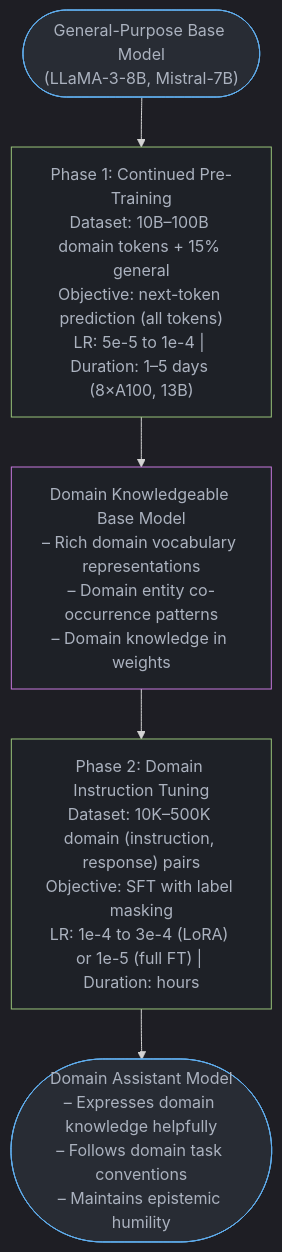
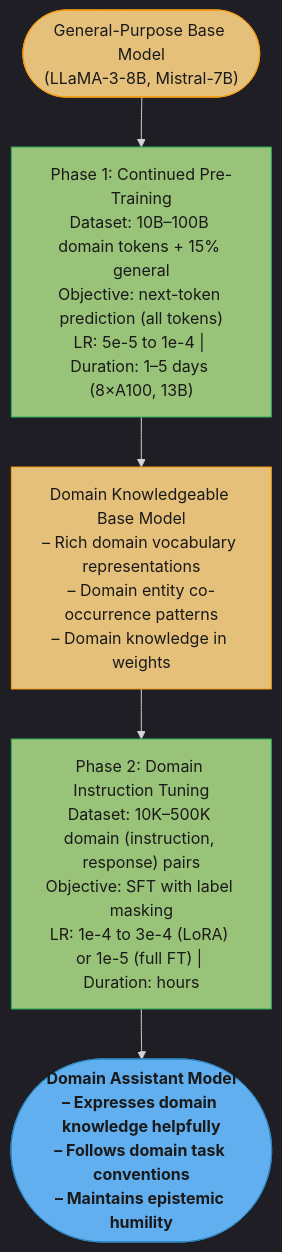
Before and after one commit to rppol/system-design: the diagram in src/main/java/com/rutik/systemdesign/llm/fine_tuning/domain_adaptation.md, drawn with Mermaid. The commit also changed 88 other files, not shown here.

````diff
--- a/src/main/java/com/rutik/systemdesign/llm/fine_tuning/domain_adaptation.md
+++ b/src/main/java/com/rutik/systemdesign/llm/fine_tuning/domain_adaptation.md
@@ -248,17 +248,21 @@
 ```mermaid
 %%{init: {'flowchart': {'curve': 'basis'}, 'theme': 'dark'}}%%
 flowchart TD
+    classDef io      fill:#61afef,stroke:#2e86c1,color:#1a1a1a,font-weight:bold
+    classDef frozen  fill:#c678dd,stroke:#9b59b6,color:#fff
+    classDef train   fill:#98c379,stroke:#27ae60,color:#1a1a1a
+    classDef mathOp  fill:#d19a66,stroke:#e67e22,color:#1a1a1a,font-weight:bold
+    classDef lossN   fill:#e06c75,stroke:#c0392b,color:#fff,font-weight:bold
+    classDef req     fill:#56b6c2,stroke:#0097a7,color:#1a1a1a
+    classDef base    fill:#e5c07b,stroke:#f39c12,color:#1a1a1a
+
     Base(["General-Purpose Base Model\n(LLaMA-3-8B, Mistral-7B)"]) --> CPT
     CPT["Phase 1: Continued Pre-Training\nDataset: 10B–100B domain tokens + 15% general\nObjective: next-token prediction (all tokens)\nLR: 5e-5 to 1e-4 | Duration: 1–5 days (8×A100, 13B)"] --> DomainBase
     DomainBase["Domain Knowledgeable Base Model\n– Rich domain vocabulary representations\n– Domain entity co-occurrence patterns\n– Domain knowledge in weights"] --> SFT
     SFT["Phase 2: Domain Instruction Tuning\nDataset: 10K–500K domain (instruction, response) pairs\nObjective: SFT with label masking\nLR: 1e-4 to 3e-4 (LoRA) or 1e-5 (full FT) | Duration: hours"] --> Assistant
     Assistant(["Domain Assistant Model\n– Expresses domain knowledge helpfully\n– Follows domain task conventions\n– Maintains epistemic humility"])
 
-    classDef io     fill:#282c34,stroke:#61afef,color:#abb2bf
-    classDef proc   fill:#1e2127,stroke:#98c379,color:#abb2bf
-    classDef llm    fill:#1e2127,stroke:#c678dd,color:#abb2bf
-
-    class Base,Assistant io
-    class CPT,SFT proc
-    class DomainBase llm
+    class Base,DomainBase base
+    class CPT,SFT train
+    class Assistant io
 ```
````
